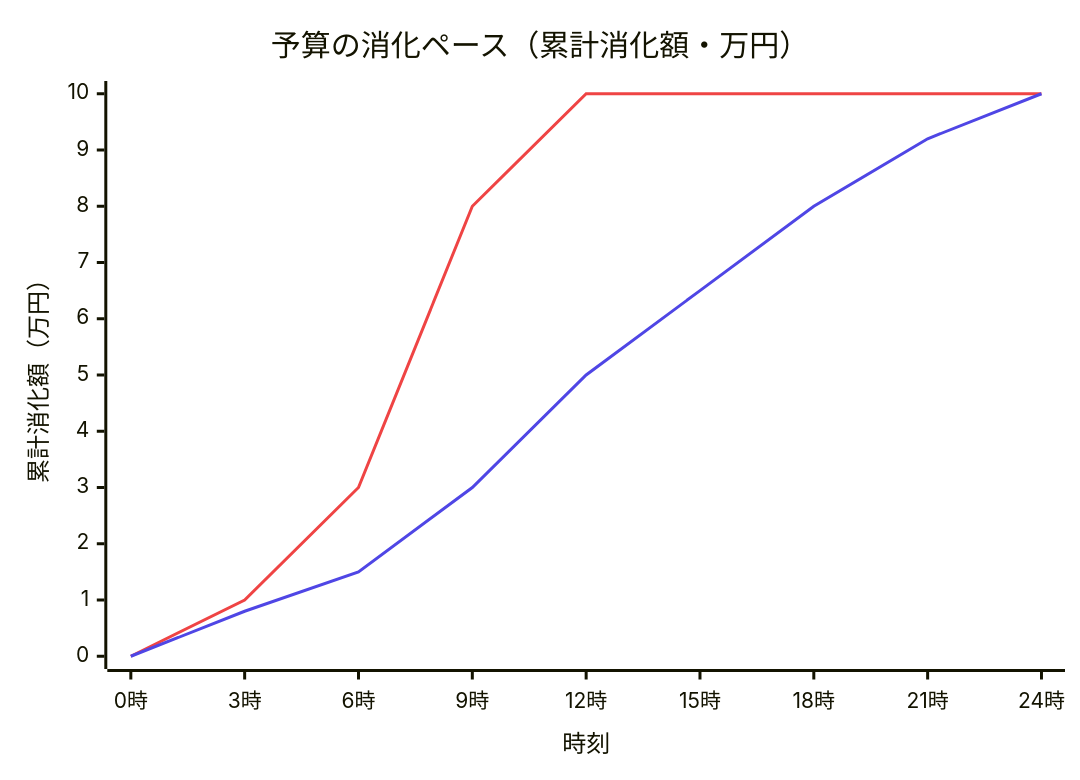
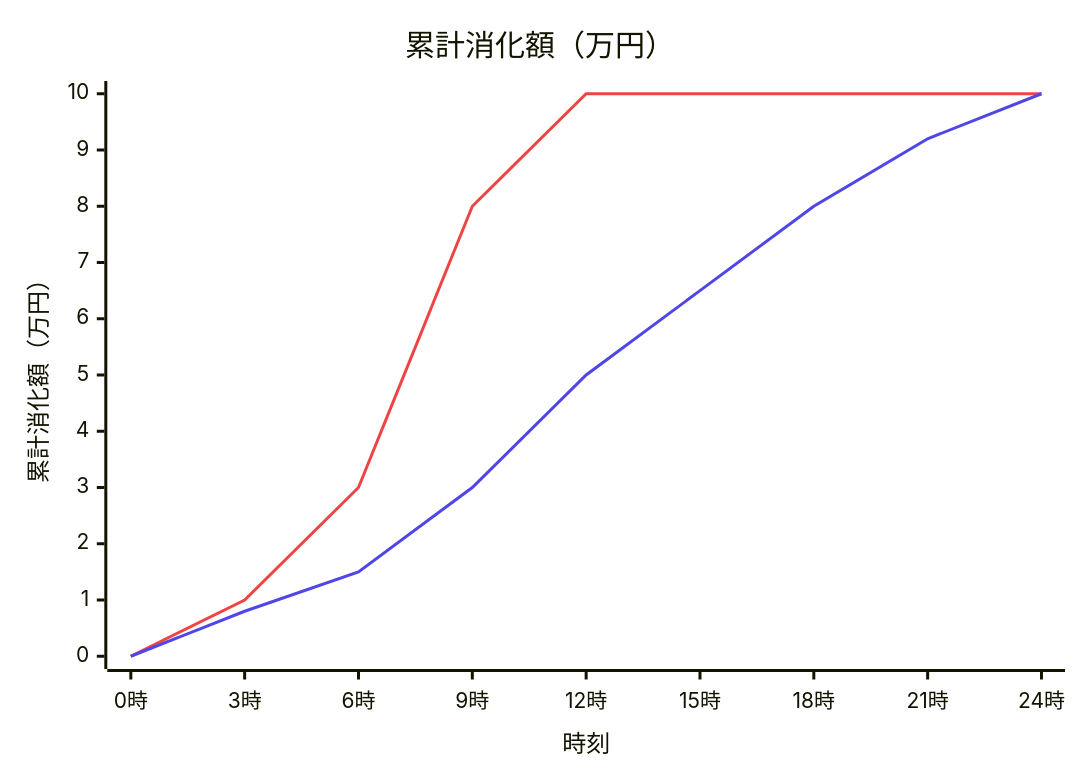
One commit to yasut0ra/rtb-study changed the second of 2 diagrams in docs/05-dsp-bidding.md. Above: the diagram before and after it, drawn with Mermaid. The commit also changed other lines of this file and 36 other files, not shown here.

````diff
--- a/docs/05-dsp-bidding.md
+++ b/docs/05-dsp-bidding.md
@@ -91,14 +84,14 @@
 ```mermaid
 ---
 config:
   themeVariables:
     xyChart:
       plotColorPalette: "#ef4444, #4f46e5"
 ---
 xychart-beta
-    title "予算の消化ペース（累計消化額・万円）"
+    title "累計消化額（万円）"
     x-axis "時刻" ["0時", "3時", "6時", "9時", "12時", "15時", "18時", "21時", "24時"]
     y-axis "累計消化額（万円）" 0 --> 10
     line [0, 1, 3, 8, 10, 10, 10, 10, 10]
     line [0, 0.8, 1.5, 3, 5, 6.5, 8, 9.2, 10]
 ```
````
